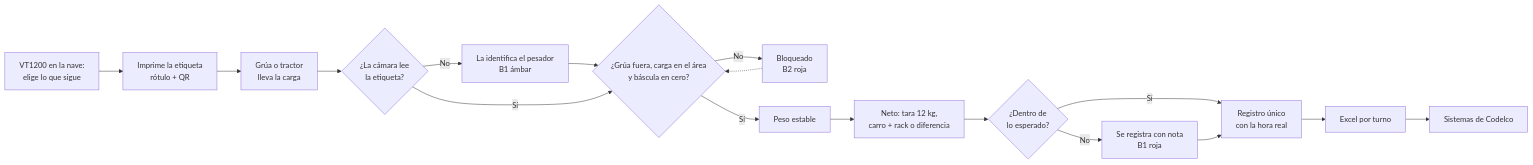
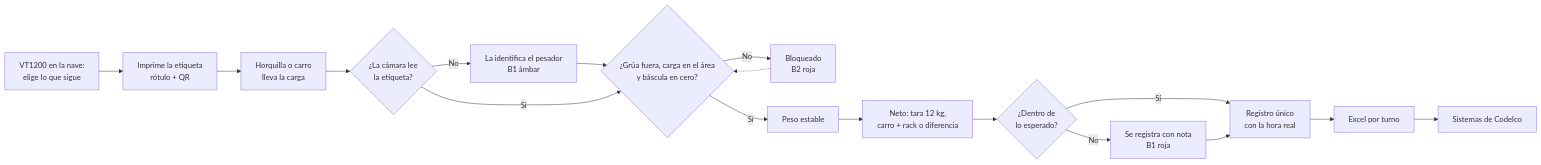
One commit to BortegaING/Codelco-Proyecto changed the diagram in README.md. Above: the diagram before and after it, drawn with Mermaid. The commit also changed 14 other files, not shown here.

First line of the commit message:
Sin la palabra tractor (carro de arrastre) y VT1200 6.1.0 con el grupo en grande

````diff
--- a/README.md
+++ b/README.md
@@ -52,14 +52,14 @@
 ```mermaid
 flowchart LR
   A["VT1200 en la nave:<br/>elige lo que sigue"] --> B["Imprime la etiqueta<br/>rótulo + QR"]
-  B --> C["Grúa o tractor<br/>lleva la carga"]
+  B --> C["Horquilla o carro<br/>lleva la carga"]
   C --> D{"¿La cámara lee<br/>la etiqueta?"}
   D -- No --> D2["La identifica el pesador<br/>B1 ámbar"] --> E
   D -- Sí --> E{"¿Grúa fuera, carga en el área<br/>y báscula en cero?"}
   E -- No --> E2["Bloqueado<br/>B2 roja"] -.-> E
   E -- Sí --> F["Peso estable"] --> G["Neto: tara 12 kg,<br/>carro + rack o diferencia"]
   G --> H{"¿Dentro de<br/>lo esperado?"}
   H -- Sí --> I["Registro único<br/>con la hora real"]
   H -- No --> H2["Se registra con nota<br/>B1 roja"] --> I
   I --> J["Excel por turno"] --> K["Sistemas de Codelco"]
 ```
````
